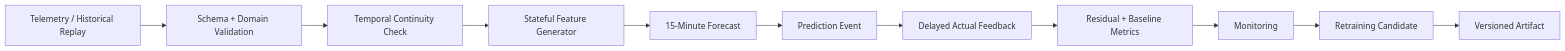
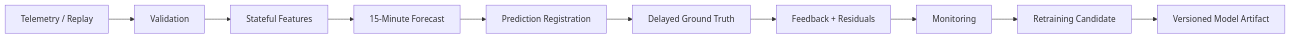
Before and after one commit to nayanojwal0810/ForgeCast: the diagram in docs/architecture.md, drawn with Mermaid. The commit also changed other lines of this file and 2 other files, not shown here.

````diff
--- a/docs/architecture.md
+++ b/docs/architecture.md
@@ -7,13 +7,12 @@
 ```mermaid
 flowchart LR
-    A[Telemetry / Historical Replay] --> B[Schema + Domain Validation]
-    B --> C[Temporal Continuity Check]
-    C --> D[Stateful Feature Generator]
-    D --> E[15-Minute Forecast]
-    E --> F[Prediction Event]
-    F --> G[Delayed Actual Feedback]
-    G --> H[Residual + Baseline Metrics]
-    H --> I[Monitoring]
-    I --> J[Retraining Candidate]
-    J --> K[Versioned Artifact]
+    A[Telemetry / Replay] --> B[Validation]
+    B --> C[Stateful Features]
+    C --> D[15-Minute Forecast]
+    D --> E[Prediction Registration]
+    E --> F[Delayed Ground Truth]
+    F --> G[Feedback + Residuals]
+    G --> H[Monitoring]
+    H --> I[Retraining Candidate]
+    I --> J[Versioned Model Artifact]
 ```
````
